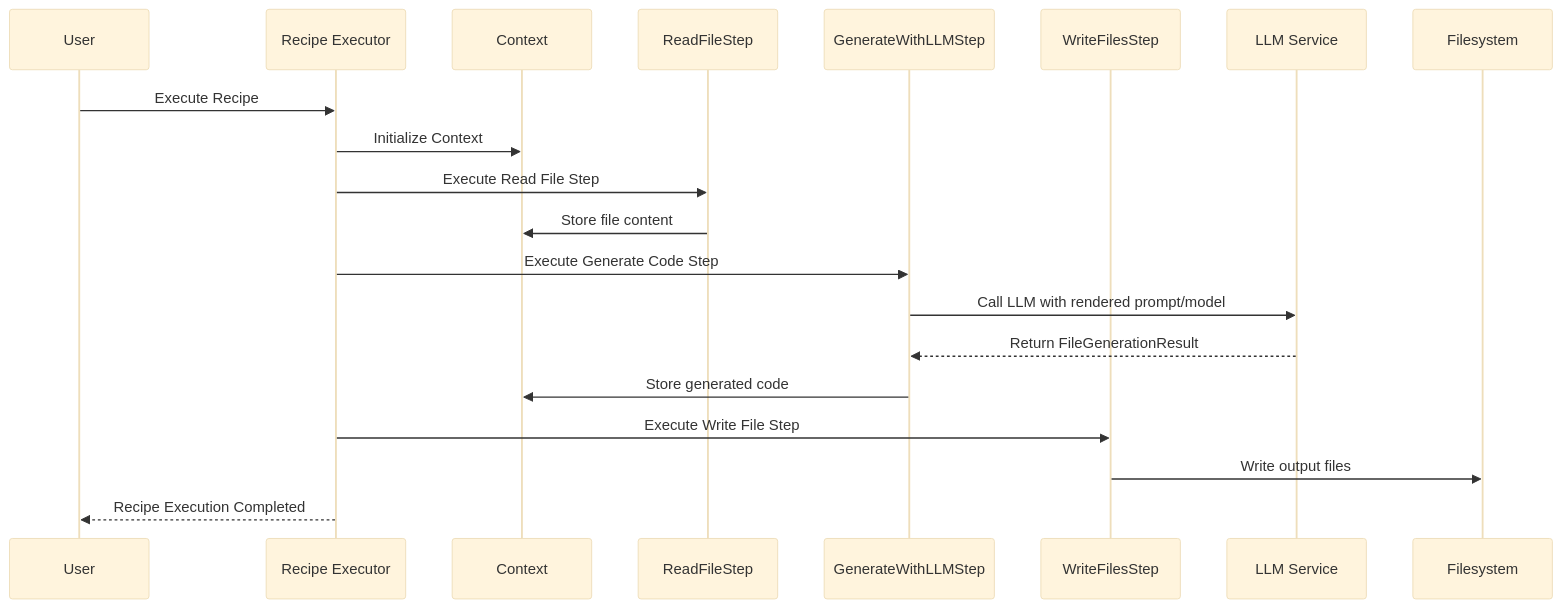
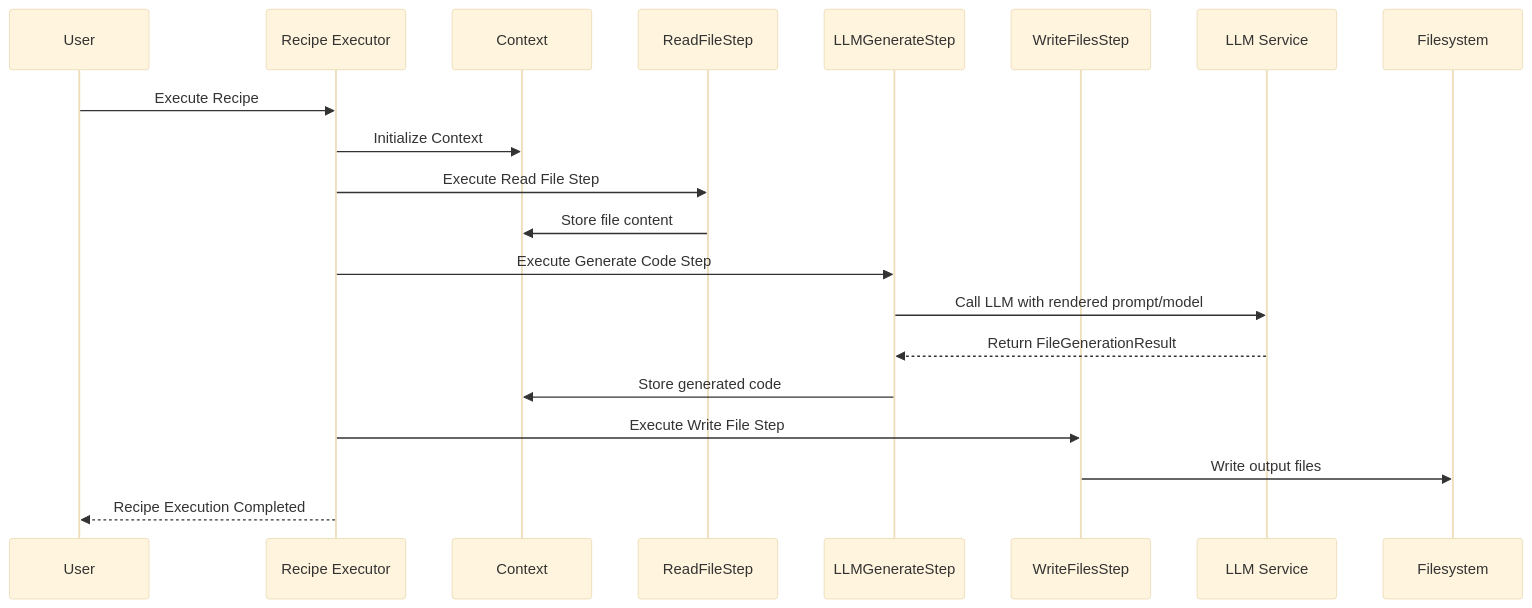
Before and after one commit to bkrabach/recipe-executor: the first of 2 diagrams in docs/diagrams.md, drawn with Mermaid (base theme). The commit also changed 64 other files, not shown here.

````diff
--- a/docs/diagrams.md
+++ b/docs/diagrams.md
@@ -5,22 +5,22 @@
 ```mermaid
 sequenceDiagram
     participant U as User
     participant RE as Recipe Executor
     participant Ctx as Context
     participant RFS as ReadFileStep
-    participant GLL as GenerateWithLLMStep
+    participant GLL as LLMGenerateStep
     participant WFS as WriteFilesStep
     participant LLM as LLM Service
 
     U->>RE: Execute Recipe
     RE->>Ctx: Initialize Context
     RE->>RFS: Execute Read File Step
     RFS->>Ctx: Store file content
     RE->>GLL: Execute Generate Code Step
     GLL->>LLM: Call LLM with rendered prompt/model
     LLM-->>GLL: Return FileGenerationResult
     GLL->>Ctx: Store generated code
     RE->>WFS: Execute Write File Step
     WFS->>Filesystem: Write output files
     RE-->>U: Recipe Execution Completed
 ```
````
